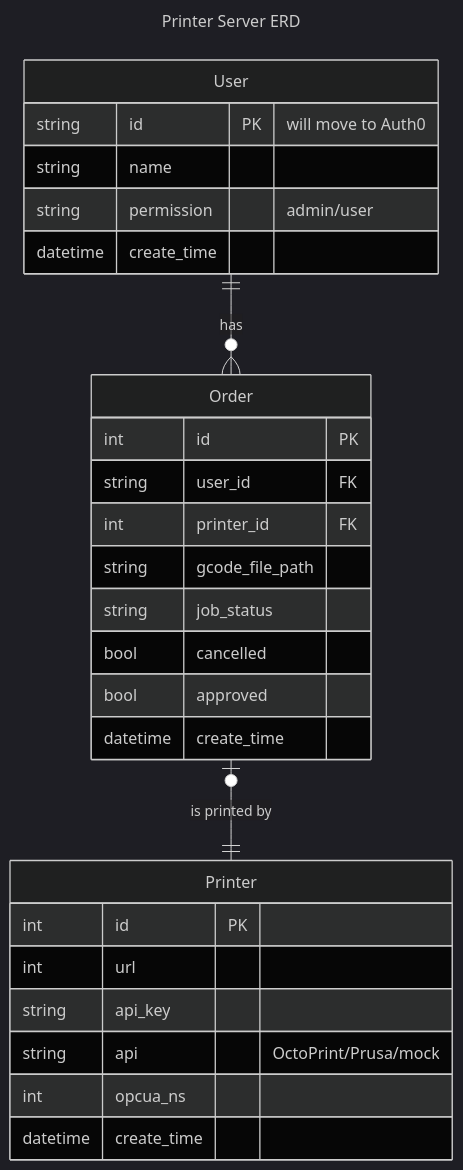
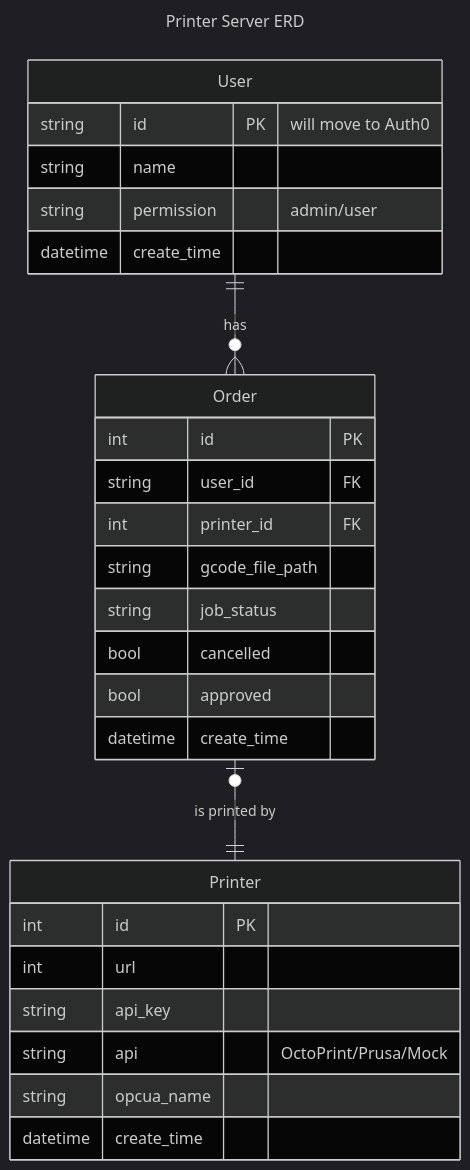
Before and after one commit to monashautomation/mes-printing-server: the diagram in README.md, drawn with Mermaid (dark theme).

````diff
--- a/README.md
+++ b/README.md
@@ -114,32 +114,32 @@
 ```mermaid
 ---
 title: Printer Server ERD
 ---
 erDiagram
     User ||--o{ Order: has
     Order o|--|| Printer: "is printed by"
     User {
         string id PK "will move to Auth0"
         string name
         string permission "admin/user"
         datetime create_time
     }
     Printer {
         int id PK
         int url
         string api_key
-        string api "OctoPrint/Prusa/mock"
-        int opcua_ns
+        string api "OctoPrint/Prusa/Mock"
+        string opcua_name
         datetime create_time
     }
     Order {
         int id PK
         string user_id FK
         int printer_id FK
         string gcode_file_path
         string job_status
         bool cancelled
         bool approved
         datetime create_time
     }
 ```
````
